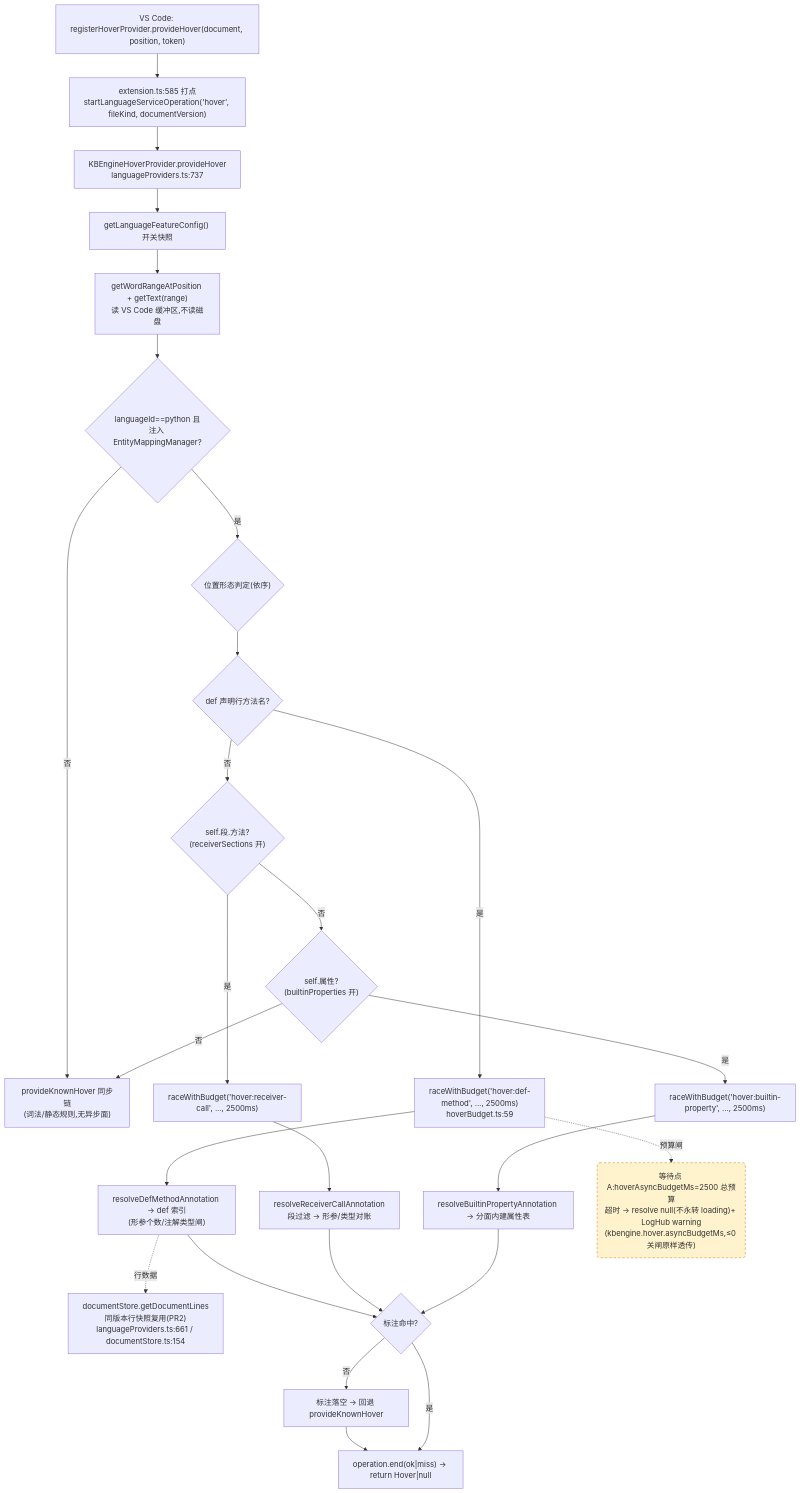
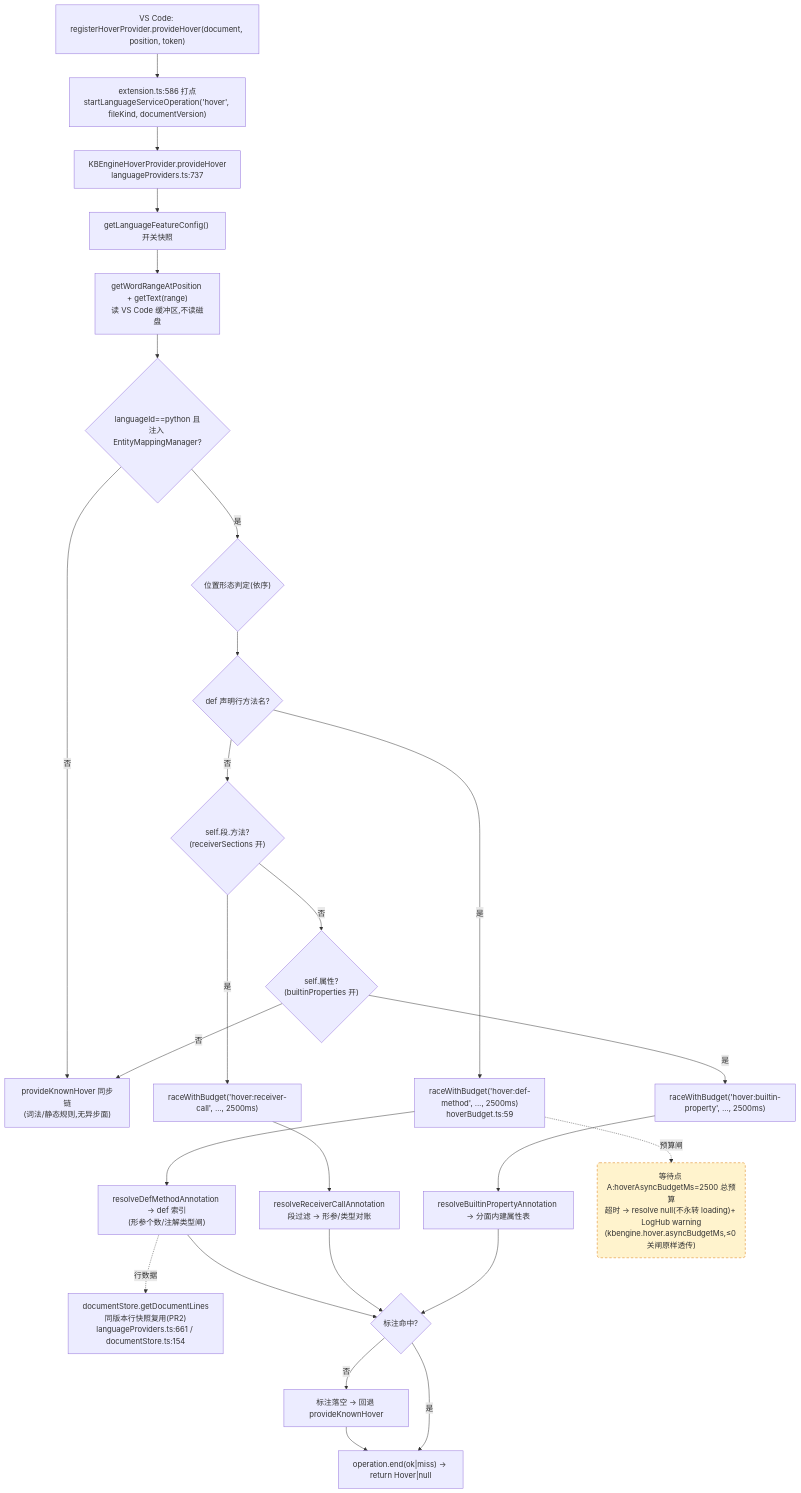
The first of 4 diagrams in docs/perf/2026-baseline.md (cuihairu/kode), drawn with Mermaid before and after one commit. The commit also changed other lines of this file and 6 other files, not shown here.

````diff
--- a/docs/perf/2026-baseline.md
+++ b/docs/perf/2026-baseline.md
@@ -82,45 +82,45 @@
 ```mermaid
 flowchart TD
   VC1["VS Code: registerHoverProvider.provideHover(document, position, token)"]
-  M1["extension.ts:585 打点<br/>startLanguageServiceOperation('hover', fileKind, documentVersion)"]
+  M1["extension.ts:586 打点<br/>startLanguageServiceOperation('hover', fileKind, documentVersion)"]
   HP["KBEngineHoverProvider.provideHover<br/>languageProviders.ts:737"]
   CFG["getLanguageFeatureConfig() 开关快照"]
   WORD["getWordRangeAtPosition + getText(range)<br/>读 VS Code 缓冲区,不读磁盘"]
   BR{"languageId==python 且<br/>注入 EntityMappingManager?"}
   KN["provideKnownHover 同步链<br/>(词法/静态规则,无异步面)"]
   POS{"位置形态判定(依序)"}
   D1{"def 声明行方法名?"}
   D2{"self.段.方法?<br/>(receiverSections 开)"}
   D3{"self.属性?<br/>(builtinProperties 开)"}
   RA1["raceWithBudget('hover:def-method', …, 2500ms)<br/>hoverBudget.ts:59"]
   RA2["raceWithBudget('hover:receiver-call', …, 2500ms)"]
   RA3["raceWithBudget('hover:builtin-property', …, 2500ms)"]
   RS1["resolveDefMethodAnnotation → def 索引<br/>(形参个数/注解类型闸)"]
   RS2["resolveReceiverCallAnnotation<br/>段过滤 → 形参/类型对账"]
   RS3["resolveBuiltinPropertyAnnotation → 分面内建属性表"]
   LINES["documentStore.getDocumentLines<br/>同版本行快照复用(PR2)<br/>languageProviders.ts:661 / documentStore.ts:154"]
   MISS["标注落空 → 回退 provideKnownHover"]
   END1["operation.end(ok|miss) → return Hover|null"]
 
   VC1 --> M1 --> HP --> CFG --> WORD --> BR
   BR -- "否" --> KN
   BR -- "是" --> POS --> D1
   D1 -- "是" --> RA1 --> RS1
   D1 -- "否" --> D2
   D2 -- "是" --> RA2 --> RS2
   D2 -- "否" --> D3
   D3 -- "是" --> RA3 --> RS3
   D3 -- "否" --> KN
   RS1 --> HIT{"标注命中?"}
   RS2 --> HIT
   RS3 --> HIT
   RS1 -.->|行数据| LINES
   HIT -- "否" --> MISS --> END1
   HIT -- "是" --> END1
 
   WAITA("等待点 A:hoverAsyncBudgetMs=2500 总预算<br/>超时 → resolve null(不永转 loading)+ LogHub warning<br/>(kbengine.hover.asyncBudgetMs,≤0 关闸原样透传)")
   RA1 -.->|预算闸| WAITA
 
   classDef waitPoint fill:#fff3cd,stroke:#d97706,stroke-dasharray:5 4;
   class WAITA waitPoint;
 ```
````
